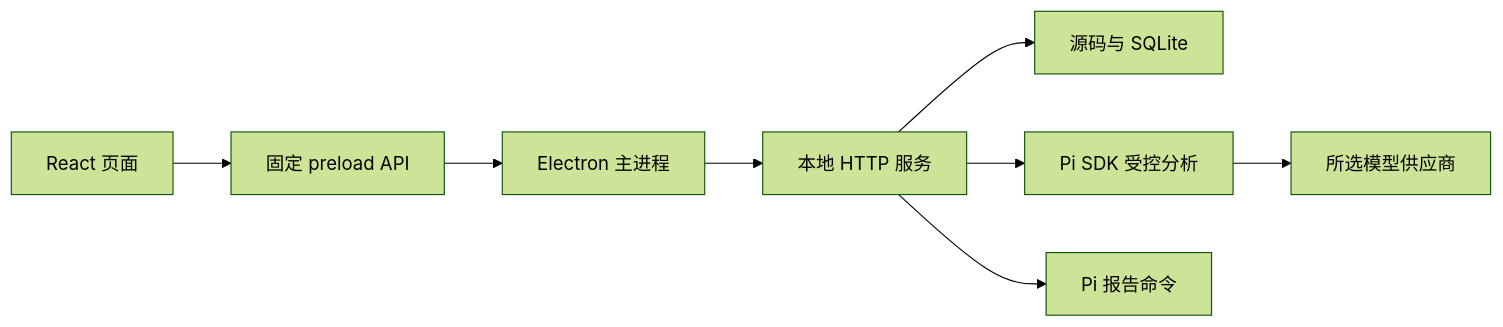
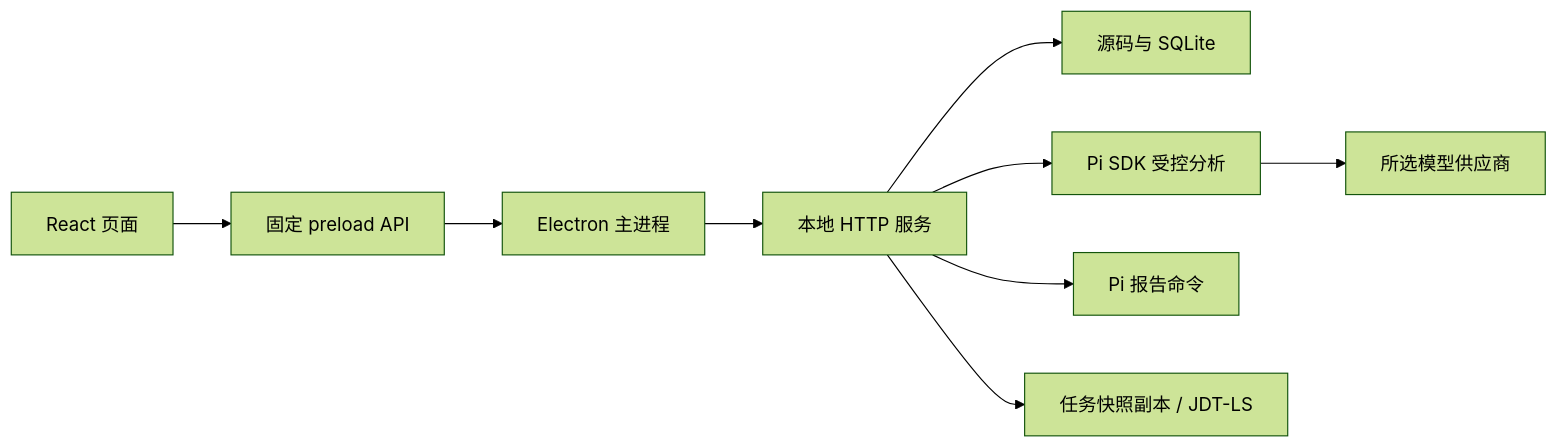
Before and after one commit to YoungsGao/pi-audit-harness: the diagram in docs/technical/01.项目架构与运行.md, drawn with Mermaid (forest theme). The commit also changed other lines of this file and 145 other files, not shown here.

````diff
--- a/docs/technical/01.项目架构与运行.md
+++ b/docs/technical/01.项目架构与运行.md
@@ -11,10 +13,11 @@
 ```mermaid
 flowchart LR
   R[React 页面] --> P[固定 preload API]
   P --> M[Electron 主进程]
   M --> H[本地 HTTP 服务]
   H --> S[源码与 SQLite]
   H --> A[Pi SDK 受控分析]
   A --> V[所选模型供应商]
   H --> T[Pi 报告命令]
+  H --> J[任务快照副本 / JDT-LS]
 ```
````
